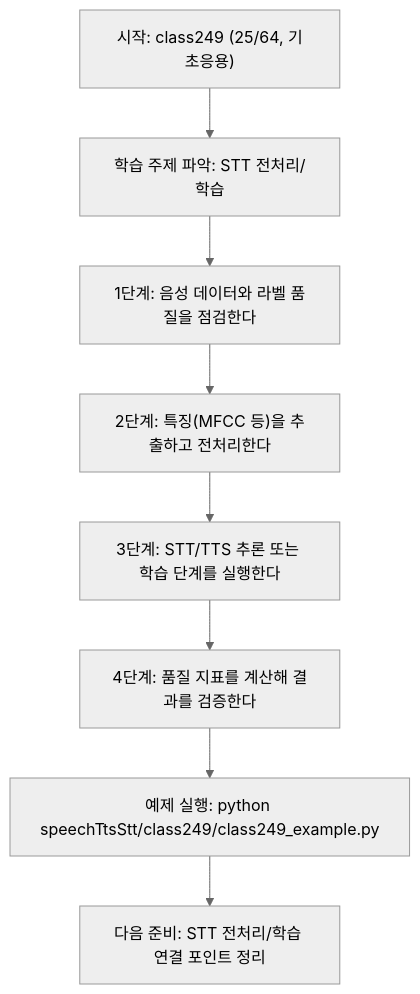
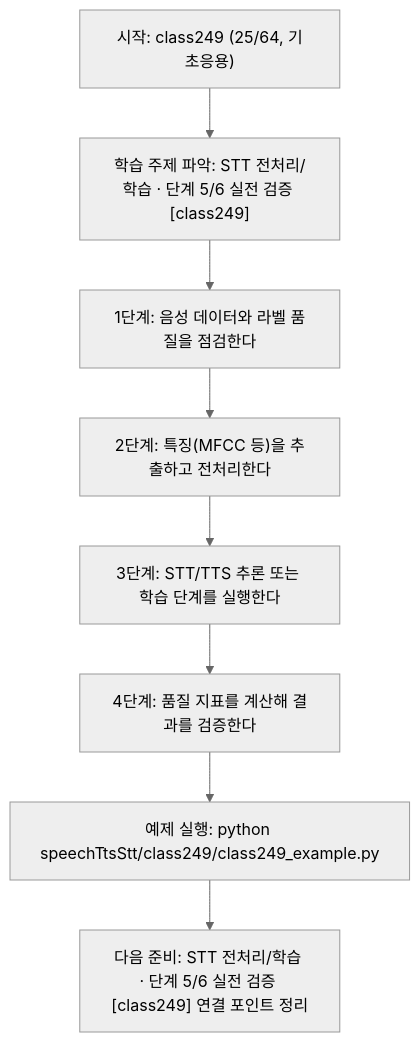
The diagram in speechTtsStt/class249/class249.md (edumgt/Python-AI_Agent-Class), drawn with Mermaid (neutral theme) before and after one commit. The commit also changed other lines of this file and 522 other files, not shown here.

````diff
--- a/speechTtsStt/class249/class249.md
+++ b/speechTtsStt/class249/class249.md
@@ -113,18 +114,18 @@
 ```mermaid
 flowchart TD
 N1["시작: class249 (25/64, 기초응용)"]
-N2["학습 주제 파악: STT 전처리/학습"]
+N2["학습 주제 파악: STT 전처리/학습 · 단계 5/6 실전 검증 [class249]"]
 N3["1단계: 음성 데이터와 라벨 품질을 점검한다"]
 N4["2단계: 특징(MFCC 등)을 추출하고 전처리한다"]
 N5["3단계: STT/TTS 추론 또는 학습 단계를 실행한다"]
 N6["4단계: 품질 지표를 계산해 결과를 검증한다"]
 N7["예제 실행: python speechTtsStt/class249/class249_example.py"]
-N8["다음 준비: STT 전처리/학습 연결 포인트 정리"]
+N8["다음 준비: STT 전처리/학습 · 단계 5/6 실전 검증 [class249] 연결 포인트 정리"]
 N1 --> N2
 N2 --> N3
 N3 --> N4
 N4 --> N5
 N5 --> N6
 N6 --> N7
 N7 --> N8
 ```
````
